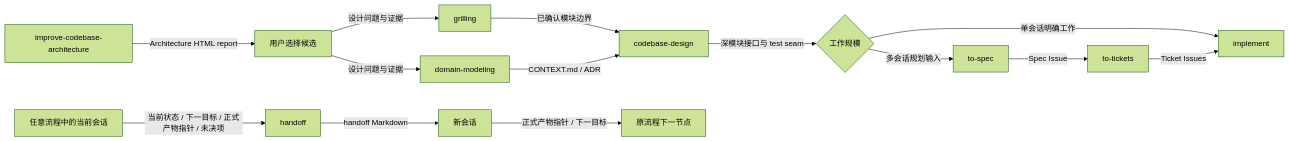
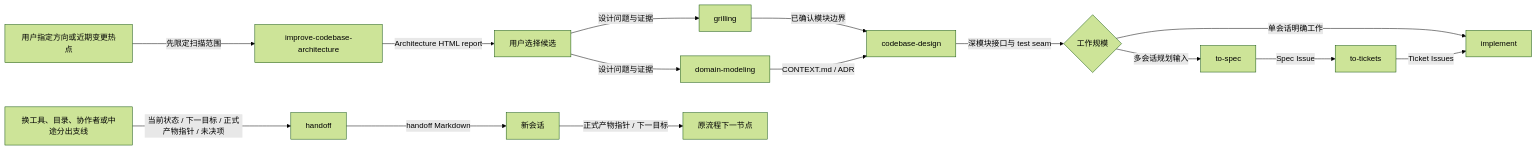
The fifth of 6 diagrams in docs/analysis/mattpocock-skills/skills-workflow-diagram.md (kangapp/ai-knowledge-base), drawn with Mermaid (forest theme) before and after one commit. The commit also changed other lines of this file and 5 other files, not shown here.

````diff
--- a/docs/analysis/mattpocock-skills/skills-workflow-diagram.md
+++ b/docs/analysis/mattpocock-skills/skills-workflow-diagram.md
@@ -197,17 +205,18 @@
 ```mermaid
 flowchart LR
-    Improve["improve-codebase-architecture"] -->|"Architecture HTML report"| Choose["用户选择候选"]
+    Scope["用户指定方向或近期变更热点"] -->|"先限定扫描范围"| Improve["improve-codebase-architecture"]
+    Improve -->|"Architecture HTML report"| Choose["用户选择候选"]
     Choose -->|"设计问题与证据"| Grilling["grilling"]
     Choose -->|"设计问题与证据"| Domain["domain-modeling"]
     Grilling -->|"已确认模块边界"| Design["codebase-design"]
     Domain -->|"CONTEXT.md / ADR"| Design
     Design -->|"深模块接口与 test seam"| Scale{"工作规模"}
     Scale -->|"单会话明确工作"| Implement["implement"]
     Scale -->|"多会话规划输入"| ToSpec["to-spec"]
     ToSpec -->|"Spec Issue"| ToTickets["to-tickets"]
     ToTickets -->|"Ticket Issues"| Implement
 
-    AnySession["任意流程中的当前会话"] -->|"当前状态 / 下一目标 / 正式产物指针 / 未决项"| Handoff["handoff"]
+    AnySession["换工具、目录、协作者或中途分出支线"] -->|"当前状态 / 下一目标 / 正式产物指针 / 未决项"| Handoff["handoff"]
     Handoff -->|"handoff Markdown"| NewSession["新会话"]
     NewSession -->|"正式产物指针 / 下一目标"| Resume["原流程下一节点"]
 ```
````
